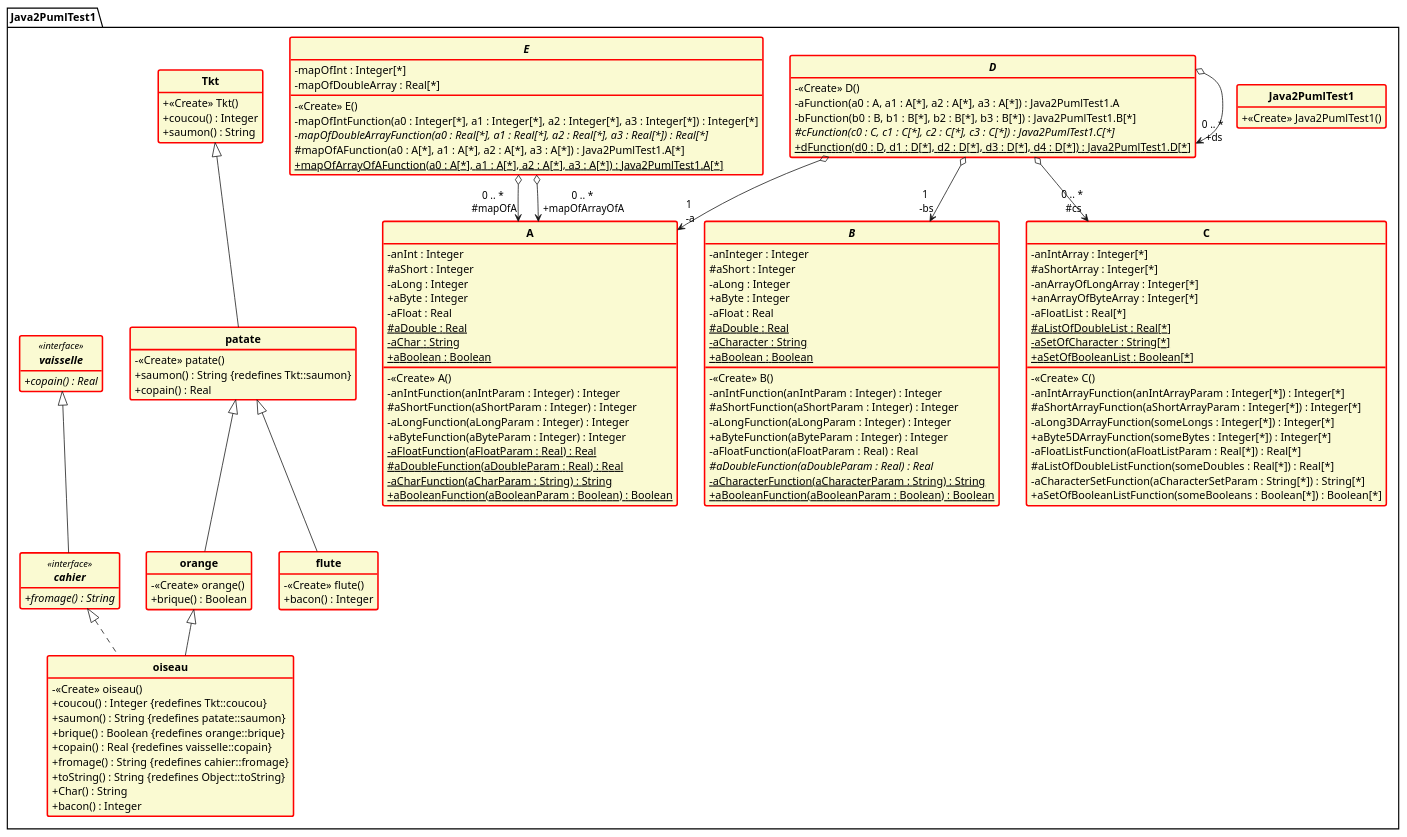
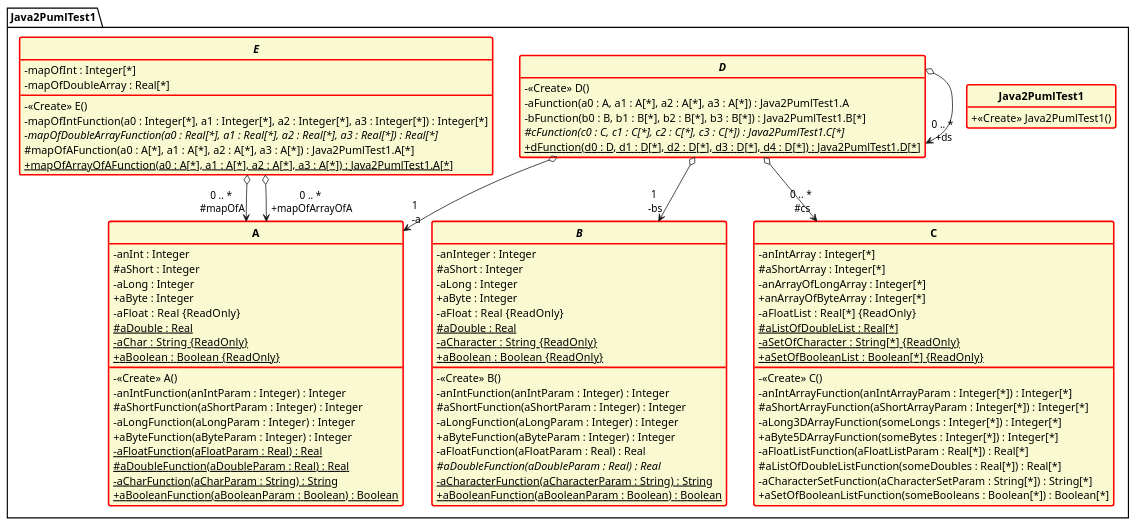
The diagram in exemples/Java2PumlTest1.puml (DamienJUNG/GenerateurPuml), drawn with PlantUML before and after one commit. The commit also changed 33 other files, not shown here.

```diff
--- a/exemples/Java2PumlTest1.puml
+++ b/exemples/Java2PumlTest1.puml
@@ -1,168 +1,116 @@
 @startuml
 
 'Code généré automatiquement ;>
 skinparam style strictuml
 hide empty members
 skinparam classAttributeIconSize 0
 skinparam classFontStyle Bold
 skinparam classbackgroundColor LightGoldenRodYellow
 skinparam classbordercolor red
 skinparam classattribute none
 skinparam classborderthickness 2
 
 
 class Java2PumlTest1.Java2PumlTest1 {
 
-	+ <<Create>> Java2PumlTest1()
+	 + <<Create>> Java2PumlTest1()
 }
 
 
 class Java2PumlTest1.A {
-	- anInt : Integer 
-	# aShort : Integer 
-	- aLong : Integer 
-	+ aByte : Integer 
-	- aFloat : Real 
-	# aDouble : Real  {static}
-	- aChar : String  {static}
-	+ aBoolean : Boolean  {static}
+	 - anInt : Integer 
+	 # aShort : Integer 
+	 - aLong : Integer 
+	 + aByte : Integer 
+	 - aFloat : Real  {ReadOnly}
+	 # aDouble : Real  {static}
+	 - aChar : String  {static} {ReadOnly}
+	 + aBoolean : Boolean  {static} {ReadOnly}
 
-	- <<Create>> A()
-	- anIntFunction(anIntParam : Integer) : Integer
-	# aShortFunction(aShortParam : Integer) : Integer
-	- aLongFunction(aLongParam : Integer) : Integer
-	+ aByteFunction(aByteParam : Integer) : Integer
-	- aFloatFunction(aFloatParam : Real) : Real {static}
-	# aDoubleFunction(aDoubleParam : Real) : Real {static}
-	- aCharFunction(aCharParam : String) : String {static}
-	+ aBooleanFunction(aBooleanParam : Boolean) : Boolean {static}
+	 - <<Create>> A()
+	 - anIntFunction(anIntParam : Integer) : Integer
+	 # aShortFunction(aShortParam : Integer) : Integer
+	 - aLongFunction(aLongParam : Integer) : Integer
+	 + aByteFunction(aByteParam : Integer) : Integer
+	 - aFloatFunction(aFloatParam : Real) : Real {static}
+	 # aDoubleFunction(aDoubleParam : Real) : Real {static}
+	 - aCharFunction(aCharParam : String) : String {static}
+	 + aBooleanFunction(aBooleanParam : Boolean) : Boolean {static}
 }
 
 
 abstract class Java2PumlTest1.B {
-	- anInteger : Integer 
-	# aShort : Integer 
-	- aLong : Integer 
-	+ aByte : Integer 
-	- aFloat : Real 
-	# aDouble : Real  {static}
-	- aCharacter : String  {static}
-	+ aBoolean : Boolean  {static}
+	 - anInteger : Integer 
+	 # aShort : Integer 
+	 - aLong : Integer 
+	 + aByte : Integer 
+	 - aFloat : Real  {ReadOnly}
+	 # aDouble : Real  {static}
+	 - aCharacter : String  {static} {ReadOnly}
+	 + aBoolean : Boolean  {static} {ReadOnly}
 
-	- <<Create>> B()
-	- anIntFunction(anIntParam : Integer) : Integer
-	# aShortFunction(aShortParam : Integer) : Integer
-	- aLongFunction(aLongParam : Integer) : Integer
-	+ aByteFunction(aByteParam : Integer) : Integer
-	- aFloatFunction(aFloatParam : Real) : Real
-	# aDoubleFunction(aDoubleParam : Real) : Real {abstract}
-	- aCharacterFunction(aCharacterParam : String) : String {static}
-	+ aBooleanFunction(aBooleanParam : Boolean) : Boolean {static}
+	 - <<Create>> B()
+	 - anIntFunction(anIntParam : Integer) : Integer
+	 # aShortFunction(aShortParam : Integer) : Integer
+	 - aLongFunction(aLongParam : Integer) : Integer
+	 + aByteFunction(aByteParam : Integer) : Integer
+	 - aFloatFunction(aFloatParam : Real) : Real
+	 # aDoubleFunction(aDoubleParam : Real) : Real {abstract}
+	 - aCharacterFunction(aCharacterParam : String) : String {static}
+	 + aBooleanFunction(aBooleanParam : Boolean) : Boolean {static}
 }
 
 
 class Java2PumlTest1.C {
-	- anIntArray : Integer[*] 
-	# aShortArray : Integer[*] 
-	- anArrayOfLongArray : Integer[*] 
-	+ anArrayOfByteArray : Integer[*] 
-	- aFloatList : Real[*] 
-	# aListOfDoubleList : Real[*]  {static}
-	- aSetOfCharacter : String[*]  {static}
-	+ aSetOfBooleanList : Boolean[*]  {static}
+	 - anIntArray : Integer[*] 
+	 # aShortArray : Integer[*] 
+	 - anArrayOfLongArray : Integer[*] 
+	 + anArrayOfByteArray : Integer[*] 
+	 - aFloatList : Real[*]  {ReadOnly}
+	 # aListOfDoubleList : Real[*]  {static}
+	 - aSetOfCharacter : String[*]  {static} {ReadOnly}
+	 + aSetOfBooleanList : Boolean[*]  {static} {ReadOnly}
 
-	- <<Create>> C()
-	- anIntArrayFunction(anIntArrayParam : Integer[*]) : Integer[*]
-	# aShortArrayFunction(aShortArrayParam : Integer[*]) : Integer[*]
-	- aLong3DArrayFunction(someLongs : Integer[*]) : Integer[*]
-	+ aByte5DArrayFunction(someBytes : Integer[*]) : Integer[*]
-	- aFloatListFunction(aFloatListParam : Real[*]) : Real[*]
-	# aListOfDoubleListFunction(someDoubles : Real[*]) : Real[*]
-	- aCharacterSetFunction(aCharacterSetParam : String[*]) : String[*]
-	+ aSetOfBooleanListFunction(someBooleans : Boolean[*]) : Boolean[*]
+	 - <<Create>> C()
+	 - anIntArrayFunction(anIntArrayParam : Integer[*]) : Integer[*]
+	 # aShortArrayFunction(aShortArrayParam : Integer[*]) : Integer[*]
+	 - aLong3DArrayFunction(someLongs : Integer[*]) : Integer[*]
+	 + aByte5DArrayFunction(someBytes : Integer[*]) : Integer[*]
+	 - aFloatListFunction(aFloatListParam : Real[*]) : Real[*]
+	 # aListOfDoubleListFunction(someDoubles : Real[*]) : Real[*]
+	 - aCharacterSetFunction(aCharacterSetParam : String[*]) : String[*]
+	 + aSetOfBooleanListFunction(someBooleans : Boolean[*]) : Boolean[*]
 }
 
 
 abstract class Java2PumlTest1.D {
 
-	- <<Create>> D()
-	- aFunction(a0 : A, a1 : A[*], a2 : A[*], a3 : A[*]) : Java2PumlTest1.A
-	- bFunction(b0 : B, b1 : B[*], b2 : B[*], b3 : B[*]) : Java2PumlTest1.B[*]
-	# cFunction(c0 : C, c1 : C[*], c2 : C[*], c3 : C[*]) : Java2PumlTest1.C[*] {abstract}
-	+ dFunction(d0 : D, d1 : D[*], d2 : D[*], d3 : D[*], d4 : D[*]) : Java2PumlTest1.D[*] {static}
+	 - <<Create>> D()
+	 - aFunction(a0 : A, a1 : A[*], a2 : A[*], a3 : A[*]) : Java2PumlTest1.A
+	 - bFunction(b0 : B, b1 : B[*], b2 : B[*], b3 : B[*]) : Java2PumlTest1.B[*]
+	 # cFunction(c0 : C, c1 : C[*], c2 : C[*], c3 : C[*]) : Java2PumlTest1.C[*] {abstract}
+	 + dFunction(d0 : D, d1 : D[*], d2 : D[*], d3 : D[*], d4 : D[*]) : Java2PumlTest1.D[*] {static}
 }
 	D o--> "1\n -a" Java2PumlTest1.A
 	D o--> "1\n -bs" Java2PumlTest1.B
 	D o--> "0 .. *\n #cs" Java2PumlTest1.C
 	D o--> "0 .. *\n +ds" Java2PumlTest1.D
 
 
 abstract class Java2PumlTest1.E {
-	- mapOfInt : Integer[*] 
-	- mapOfDoubleArray : Real[*] 
+	 - mapOfInt : Integer[*] 
+	 - mapOfDoubleArray : Real[*] 
 
-	- <<Create>> E()
-	- mapOfIntFunction(a0 : Integer[*], a1 : Integer[*], a2 : Integer[*], a3 : Integer[*]) : Integer[*]
-	- mapOfDoubleArrayFunction(a0 : Real[*], a1 : Real[*], a2 : Real[*], a3 : Real[*]) : Real[*] {abstract}
-	# mapOfAFunction(a0 : A[*], a1 : A[*], a2 : A[*], a3 : A[*]) : Java2PumlTest1.A[*]
-	+ mapOfArrayOfAFunction(a0 : A[*], a1 : A[*], a2 : A[*], a3 : A[*]) : Java2PumlTest1.A[*] {static}
+	 - <<Create>> E()
+	 - mapOfIntFunction(a0 : Integer[*], a1 : Integer[*], a2 : Integer[*], a3 : Integer[*]) : Integer[*]
+	 - mapOfDoubleArrayFunction(a0 : Real[*], a1 : Real[*], a2 : Real[*], a3 : Real[*]) : Real[*] {abstract}
+	 # mapOfAFunction(a0 : A[*], a1 : A[*], a2 : A[*], a3 : A[*]) : Java2PumlTest1.A[*]
+	 + mapOfArrayOfAFunction(a0 : A[*], a1 : A[*], a2 : A[*], a3 : A[*]) : Java2PumlTest1.A[*] {static}
 }
 	E o--> "0 .. *\n #mapOfA" Java2PumlTest1.A
 	E o--> "0 .. *\n +mapOfArrayOfA" Java2PumlTest1.A
 
 
-class Java2PumlTest1.Tkt {
-
-	+ <<Create>> Tkt()
-	+ coucou() : Integer
-	+ saumon() : String
-}
-
-
-class Java2PumlTest1.patate extends Java2PumlTest1.Tkt {
-
-	- <<Create>> patate()
-	+ saumon() : String {redefines Tkt::saumon}
-	+ copain() : Real
-}
-
-
-class Java2PumlTest1.orange extends Java2PumlTest1.patate {
-
-	- <<Create>> orange()
-	+ brique() : Boolean
-}
-
-
-class Java2PumlTest1.flute extends Java2PumlTest1.patate {
-
-	- <<Create>> flute()
-	+ bacon() : Integer
-}
-
-
-class Java2PumlTest1.oiseau extends Java2PumlTest1.orange implements Java2PumlTest1.cahier {
-
-	- <<Create>> oiseau()
-	+ coucou() : Integer {redefines Tkt::coucou}
-	+ saumon() : String {redefines patate::saumon}
-	+ brique() : Boolean {redefines orange::brique}
-	+ copain() : Real {redefines vaisselle::copain}
-	+ fromage() : String {redefines cahier::fromage}
-	+ toString() : String {redefines Object::toString}
-	+ Char() : String
-	+ bacon() : Integer
-}
-
-
-interface Java2PumlTest1.cahier <<interface>>  extends Java2PumlTest1.vaisselle {
-	+ fromage() : String {abstract}
-}
-
-interface Java2PumlTest1.vaisselle <<interface>>  {
-	+ copain() : Real {abstract}
-}
-
 
 
 @enduml
```
